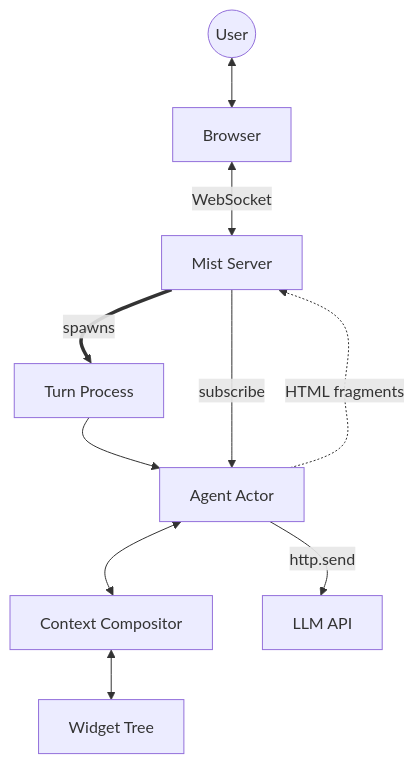
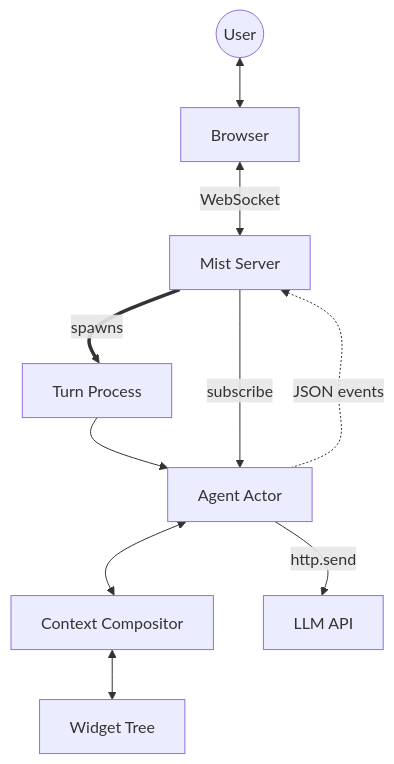
The diagram in docs/src/overview/README.md (nilp0inter/eddie), drawn with Mermaid before and after one commit. The commit also changed other lines of this file and 27 other files, not shown here.

First line of the commit message:
Phase 2: Replace view_html with view_state, broadcast JSON domain events

````diff
--- a/docs/src/overview/README.md
+++ b/docs/src/overview/README.md
@@ -7,13 +7,13 @@
 ```mermaid
 %%{init: {'flowchart': {'curve': 'natural'}}}%%
 flowchart TB
     User((User)) <--> Browser["Browser"]
     Browser <-->|WebSocket| Server["Mist Server"]
     Server ==>|spawns| TurnProc["Turn Process"]
     TurnProc --> Agent["Agent Actor"]
     Server -->|subscribe| Agent
     Agent <--> Context["Context Compositor"]
     Context <--> Widgets["Widget Tree"]
     Agent -->|http.send| LLM["LLM API"]
-    Agent -.->|HTML fragments| Server
+    Agent -.->|JSON events| Server
 ```
````
